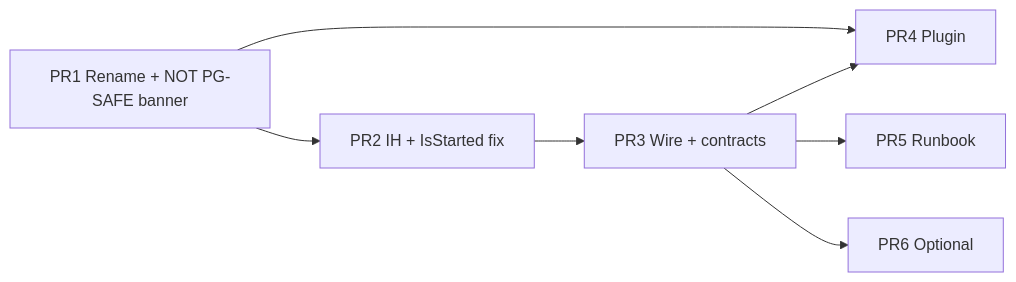
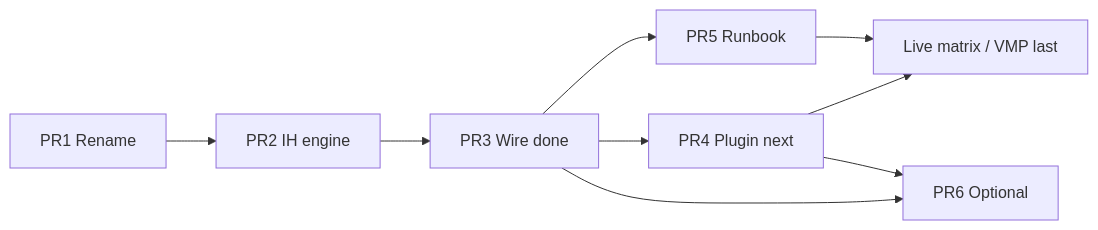
Before and after one commit to daojiAnime/TitanHide: the third of 3 diagrams in docs/2026-08-06-tidaoji-infinityhook-design.md, drawn with Mermaid. The commit also changed other lines of this file and 2 other files, not shown here.

First line of the commit message:
📝 docs: PR4/PR5 before live matrix (post-PR3 order)

````diff
--- a/docs/2026-08-06-tidaoji-infinityhook-design.md
+++ b/docs/2026-08-06-tidaoji-infinityhook-design.md
@@ -833,9 +855,11 @@
 ```mermaid
 flowchart LR
-  PR1[PR1 Rename + NOT PG-SAFE banner] --> PR2[PR2 IH + IsStarted fix]
-  PR2 --> PR3[PR3 Wire + contracts]
-  PR1 --> PR4[PR4 Plugin]
-  PR3 --> PR4
+  PR1[PR1 Rename] --> PR2[PR2 IH engine]
+  PR2 --> PR3[PR3 Wire done]
+  PR3 --> PR4[PR4 Plugin next]
   PR3 --> PR5[PR5 Runbook]
+  PR4 --> Live[Live matrix / VMP last]
+  PR5 --> Live
   PR3 --> PR6[PR6 Optional]
+  PR4 --> PR6
 ```
````
